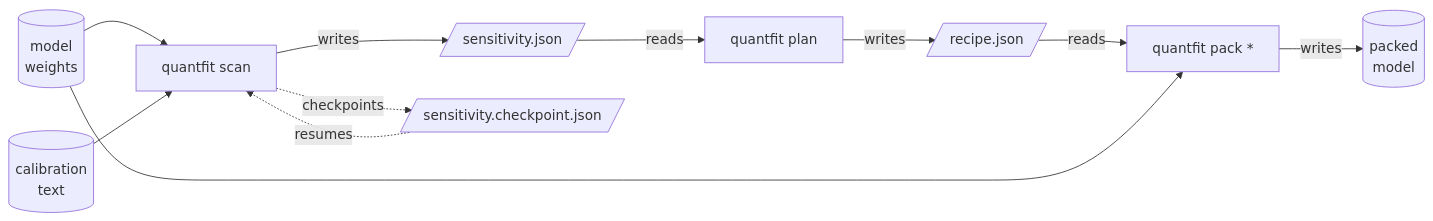
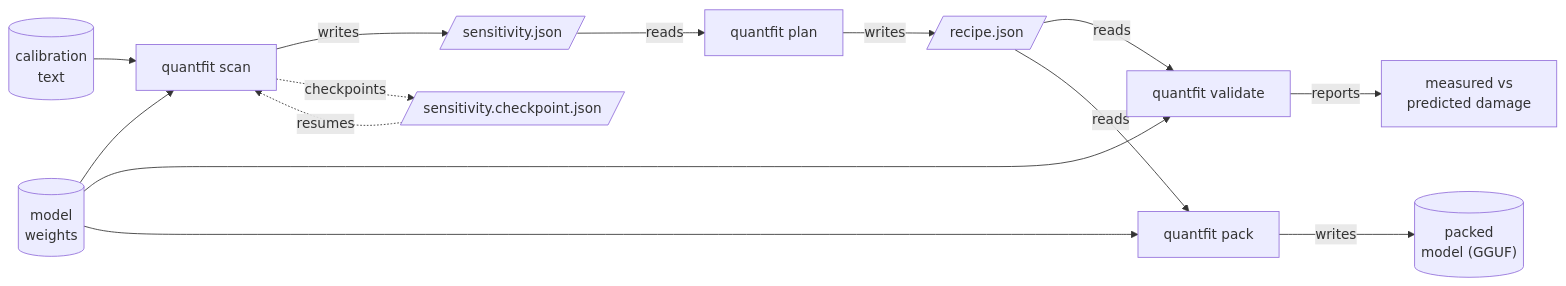
Before and after one commit to Alberto-Codes/vramfit: the first of 3 diagrams in docs/explanation/architecture.md, drawn with Mermaid. The commit also changed other lines of this file and 30 other files, not shown here.

````diff
--- a/docs/explanation/architecture.md
+++ b/docs/explanation/architecture.md
@@ -18,13 +18,16 @@
 ```mermaid
 flowchart LR
     W[("model<br/>weights")] --> SCAN
     C[("calibration<br/>text")] --> SCAN
     SCAN["quantfit scan"] -->|writes| MAP[/"sensitivity.json"/]
     MAP -->|reads| PLAN["quantfit plan"]
     PLAN -->|writes| RECIPE[/"recipe.json"/]
-    RECIPE -->|reads| PACK["quantfit pack *"]
+    RECIPE -->|reads| VAL["quantfit validate"]
+    W --> VAL
+    VAL -->|reports| GAP["measured vs<br/>predicted damage"]
+    RECIPE -->|reads| PACK["quantfit pack"]
     W --> PACK
-    PACK -->|writes| OUT[("packed<br/>model")]
+    PACK -->|writes| OUT[("packed<br/>model (GGUF)")]
     SCAN -.->|checkpoints| CKPT[/"sensitivity.checkpoint.json"/]
     CKPT -.->|resumes| SCAN
 ```
````
